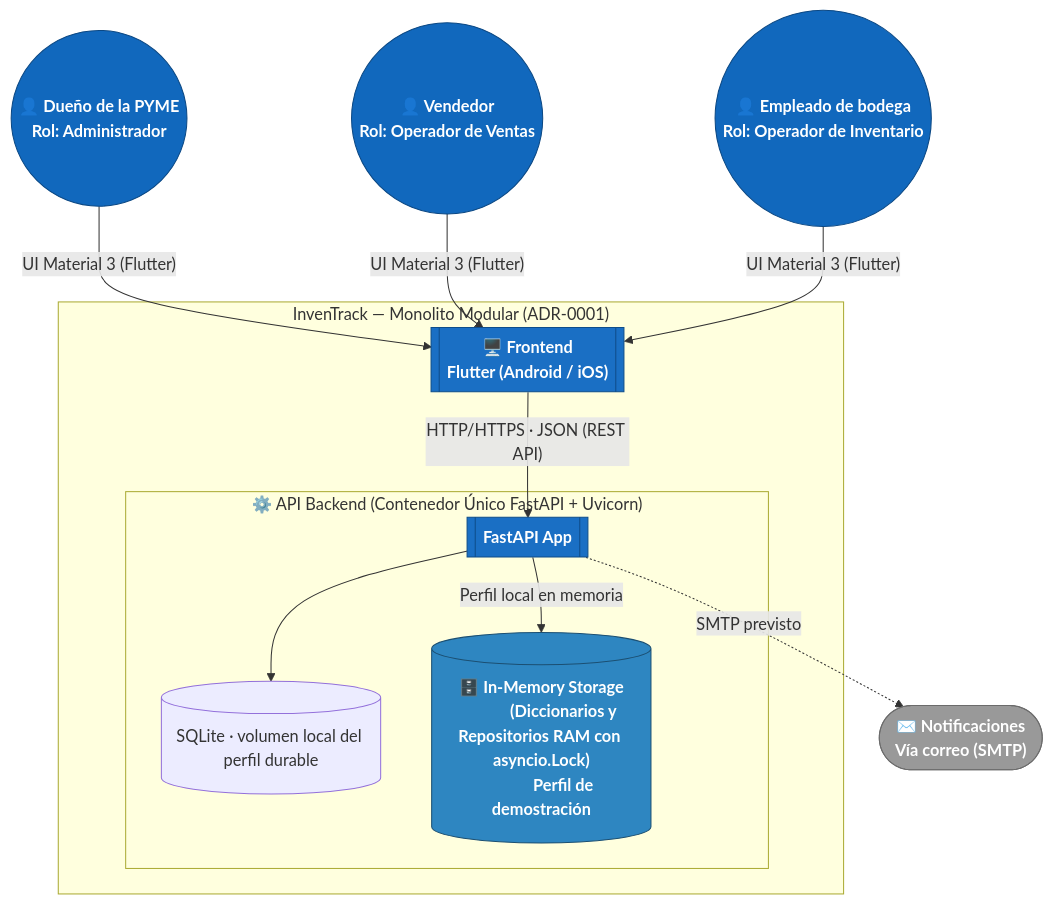
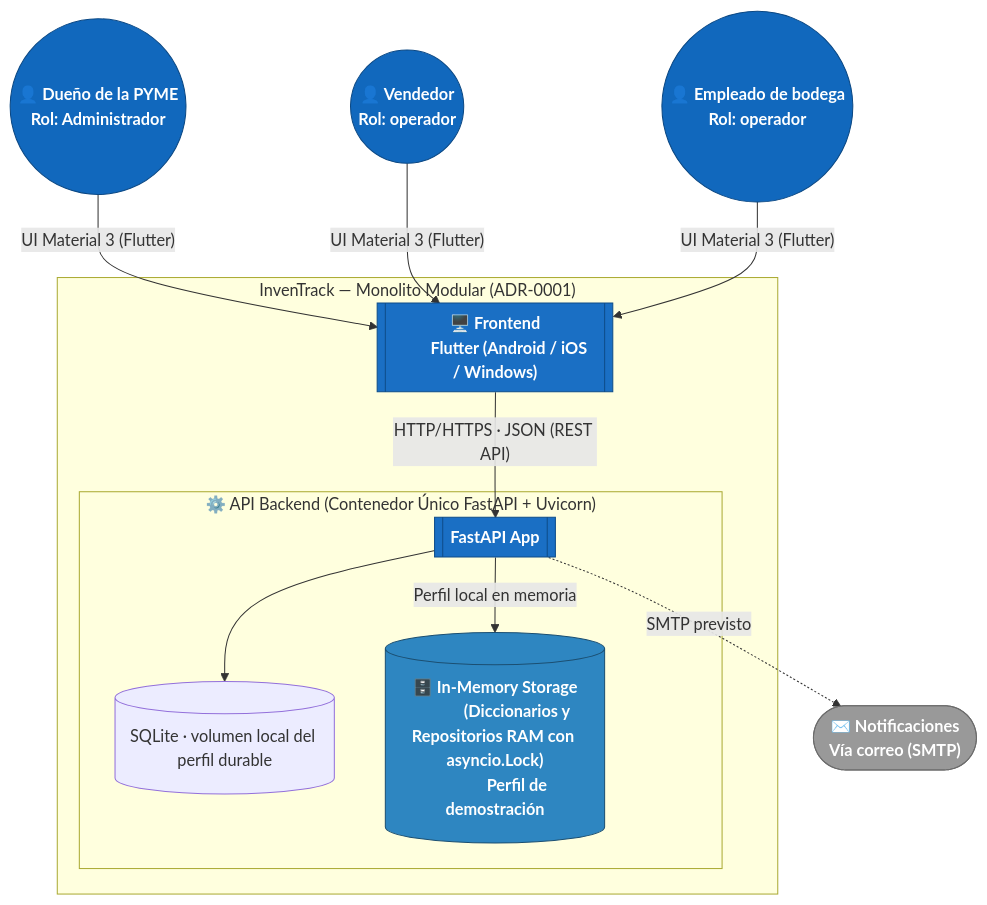
One commit to ISCOUTB/AS_202620_InvenTrack changed the first of 2 diagrams in docs/c4/containers.md. Above: the diagram before and after it, drawn with Mermaid. The commit also changed other lines of this file and 28 other files, not shown here.

````diff
--- a/docs/c4/containers.md
+++ b/docs/c4/containers.md
@@ -9,43 +9,43 @@
 ```mermaid
 flowchart TB
     Dueno(("👤 Dueño de la PYME
     Rol: Administrador"))
     Vendedor(("👤 Vendedor
-    Rol: Operador de Ventas"))
+    Rol: operador"))
     Empleado(("👤 Empleado de bodega
-    Rol: Operador de Inventario"))
+    Rol: operador"))
 
     subgraph InvenTrack["InvenTrack — Monolito Modular (ADR-0001)"]
         Web[["🖥️ Frontend
-        Flutter (Android / iOS)"]]
+        Flutter (Android / iOS / Windows)"]]
         
         subgraph ApiContainer ["⚙️ API Backend (Contenedor Único FastAPI + Uvicorn)"]
             Api[["FastAPI App"]]
             Volumen[("SQLite · volumen local del perfil durable")]
             Api --> Volumen
             Db[("🗄️ In-Memory Storage
             (Diccionarios y Repositorios RAM con asyncio.Lock)
             Perfil de demostración")]
         end
     end
 
     Notif(["✉️ Notificaciones
     Vía correo (SMTP)"])
 
     Dueno -- "UI Material 3 (Flutter)" --> Web
     Vendedor -- "UI Material 3 (Flutter)" --> Web
     Empleado -- "UI Material 3 (Flutter)" --> Web
     Web -- "HTTP/HTTPS · JSON (REST API)" --> Api
     Api -- "Perfil local en memoria" --> Db
     Api -. SMTP previsto .-> Notif
 
     classDef person fill:#1168bd,stroke:#0b4884,color:#ffffff,font-weight:bold
     classDef container fill:#1a6fc4,stroke:#0e4d8a,color:#ffffff,font-weight:bold
     classDef db fill:#2e86c1,stroke:#1b4f72,color:#ffffff,font-weight:bold
     classDef external fill:#999999,stroke:#6b6b6b,color:#ffffff,font-weight:bold
 
     class Dueno,Vendedor,Empleado person
     class Web,Api container
     class Db db
     class Notif external
 ```
````
